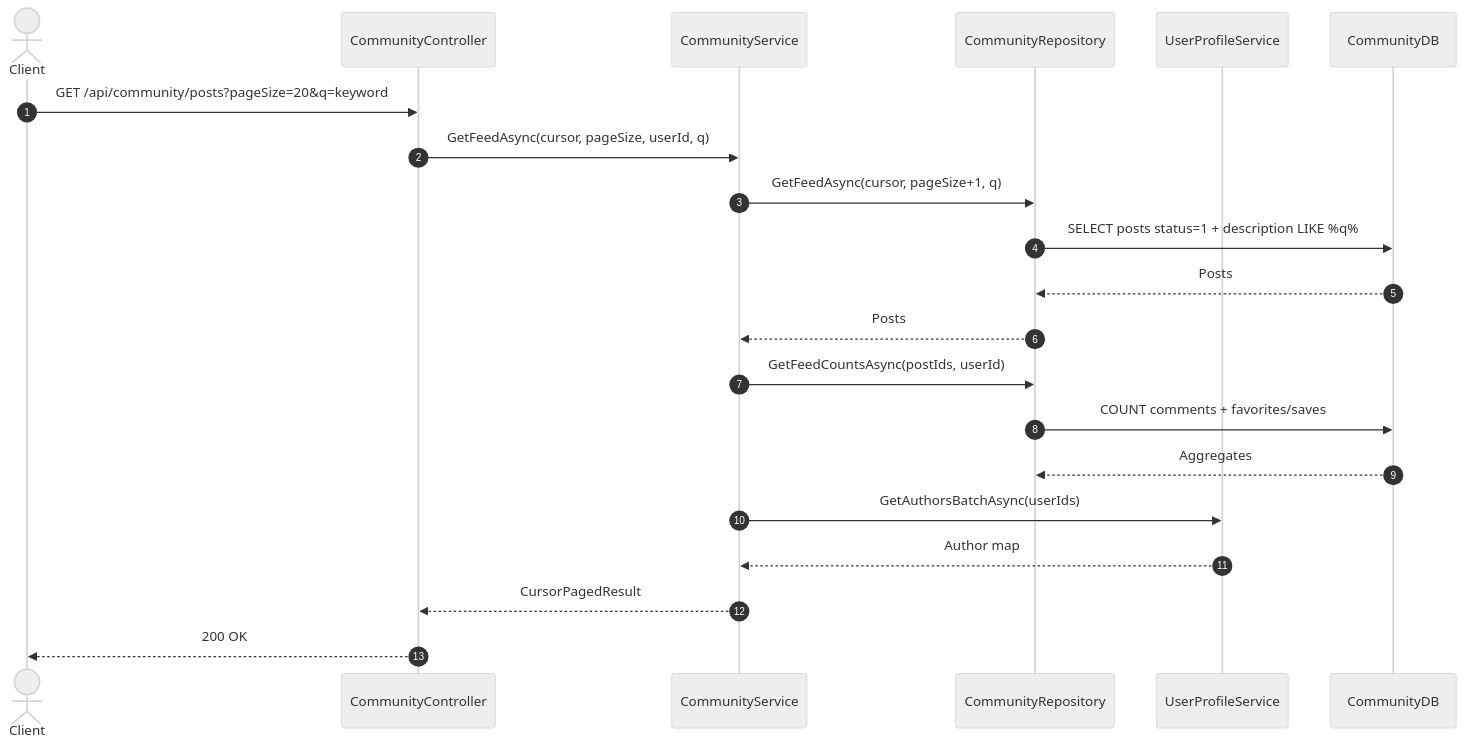
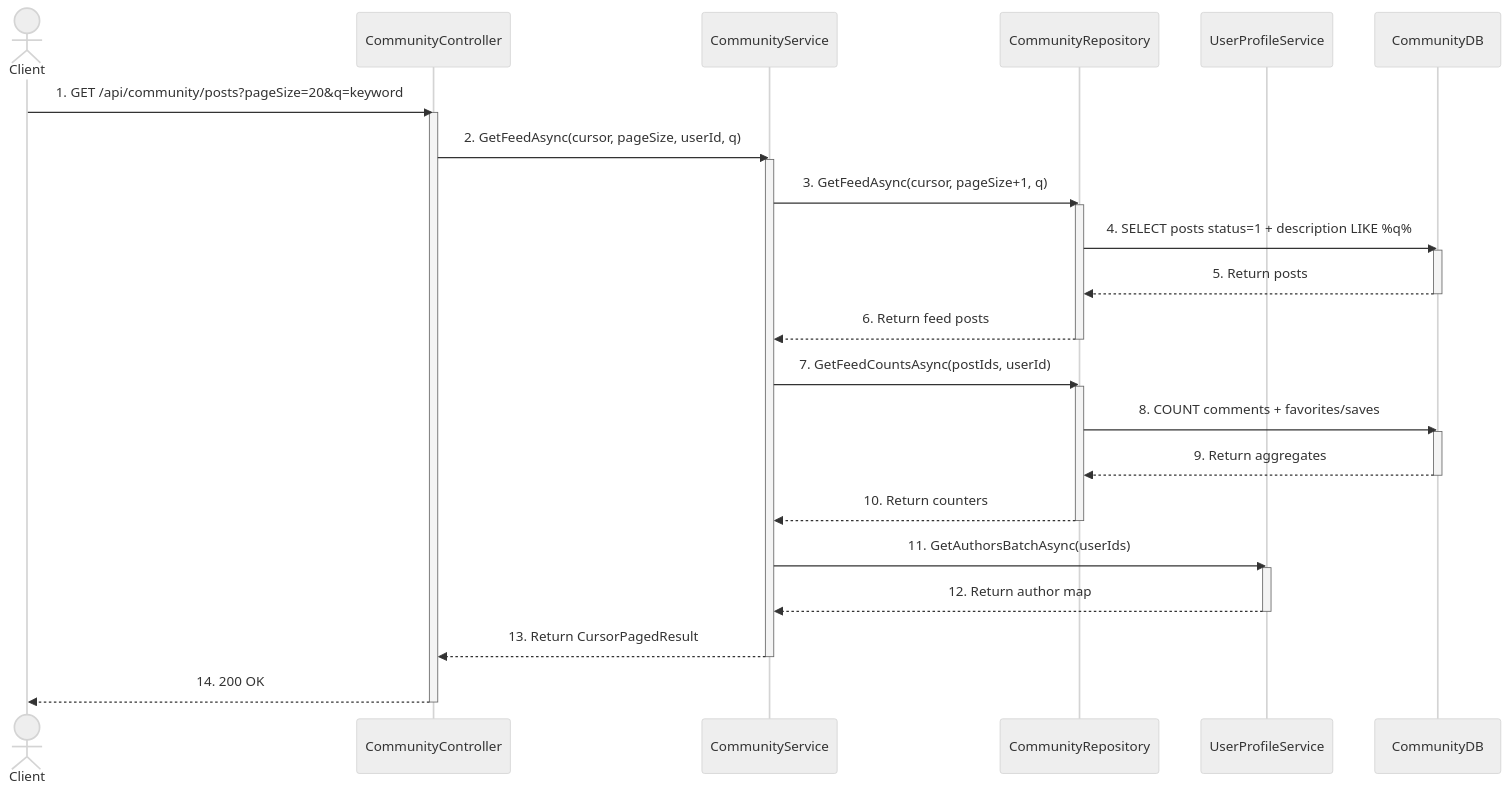
Before and after one commit to SEP490-CapstoneProject/SEP490_BE: the diagram in sequence_dia/community_service_sequence_diagram.md, drawn with Mermaid (neutral theme). The commit also changed 14 other files, not shown here.

Commit message:
feat: Add sequence diagrams for various services and re-enable subscription quota check in ApplicationService

````diff
--- a/sequence_dia/community_service_sequence_diagram.md
+++ b/sequence_dia/community_service_sequence_diagram.md
@@ -1,24 +1,38 @@
 ```mermaid
 sequenceDiagram
-    autonumber
     actor Client
     participant CommunityController
     participant CommunityService
     participant CommunityRepository
     participant UserProfileService
     participant CommunityDB
 
-    Client->>CommunityController: GET /api/community/posts?pageSize=20&q=keyword
-    CommunityController->>CommunityService: GetFeedAsync(cursor, pageSize, userId, q)
-    CommunityService->>CommunityRepository: GetFeedAsync(cursor, pageSize+1, q)
-    CommunityRepository->>CommunityDB: SELECT posts status=1 + description LIKE %q%
-    CommunityDB-->>CommunityRepository: Posts
-    CommunityRepository-->>CommunityService: Posts
-    CommunityService->>CommunityRepository: GetFeedCountsAsync(postIds, userId)
-    CommunityRepository->>CommunityDB: COUNT comments + favorites/saves
-    CommunityDB-->>CommunityRepository: Aggregates
-    CommunityService->>UserProfileService: GetAuthorsBatchAsync(userIds)
-    UserProfileService-->>CommunityService: Author map
-    CommunityService-->>CommunityController: CursorPagedResult
-    CommunityController-->>Client: 200 OK
+    Client->>CommunityController: 1. GET /api/community/posts?pageSize=20&q=keyword
+    activate CommunityController
+    CommunityController->>CommunityService: 2. GetFeedAsync(cursor, pageSize, userId, q)
+    activate CommunityService
+    CommunityService->>CommunityRepository: 3. GetFeedAsync(cursor, pageSize+1, q)
+    activate CommunityRepository
+    CommunityRepository->>CommunityDB: 4. SELECT posts status=1 + description LIKE %q%
+    activate CommunityDB
+    CommunityDB-->>CommunityRepository: 5. Return posts
+    deactivate CommunityDB
+    CommunityRepository-->>CommunityService: 6. Return feed posts
+    deactivate CommunityRepository
+    CommunityService->>CommunityRepository: 7. GetFeedCountsAsync(postIds, userId)
+    activate CommunityRepository
+    CommunityRepository->>CommunityDB: 8. COUNT comments + favorites/saves
+    activate CommunityDB
+    CommunityDB-->>CommunityRepository: 9. Return aggregates
+    deactivate CommunityDB
+    CommunityRepository-->>CommunityService: 10. Return counters
+    deactivate CommunityRepository
+    CommunityService->>UserProfileService: 11. GetAuthorsBatchAsync(userIds)
+    activate UserProfileService
+    UserProfileService-->>CommunityService: 12. Return author map
+    deactivate UserProfileService
+    CommunityService-->>CommunityController: 13. Return CursorPagedResult
+    deactivate CommunityService
+    CommunityController-->>Client: 14. 200 OK
+    deactivate CommunityController
 ```
````
